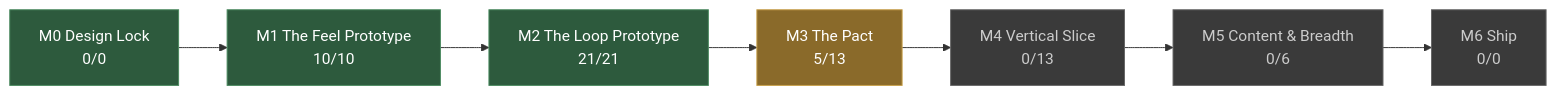
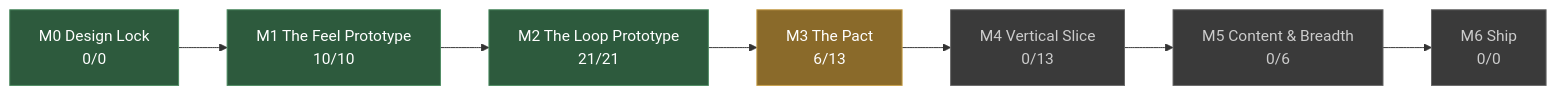
Before and after one commit to JoshuaGessner/she: the diagram in docs/STATUS.md, drawn with Mermaid. The commit also changed other lines of this file and 38 other files, not shown here.

````diff
--- a/docs/STATUS.md
+++ b/docs/STATUS.md
@@ -13,19 +13,19 @@
 ```mermaid
 flowchart LR
   M0["M0 Design Lock<br/>0/0"]:::passed
   M1["M1 The Feel Prototype<br/>10/10"]:::passed
   M0 --> M1
   M2["M2 The Loop Prototype<br/>21/21"]:::passed
   M1 --> M2
-  M3["M3 The Pact<br/>5/13"]:::current
+  M3["M3 The Pact<br/>6/13"]:::current
   M2 --> M3
   M4["M4 Vertical Slice<br/>0/13"]:::ahead
   M3 --> M4
   M5["M5 Content & Breadth<br/>0/6"]:::ahead
   M4 --> M5
   M6["M6 Ship<br/>0/0"]:::ahead
   M5 --> M6
   classDef passed fill:#2d5a3d,stroke:#4a8a5f,color:#fff
   classDef current fill:#8a6a2a,stroke:#c8a04a,color:#fff
   classDef ahead fill:#3a3a3a,stroke:#666,color:#ccc
 ```
````
